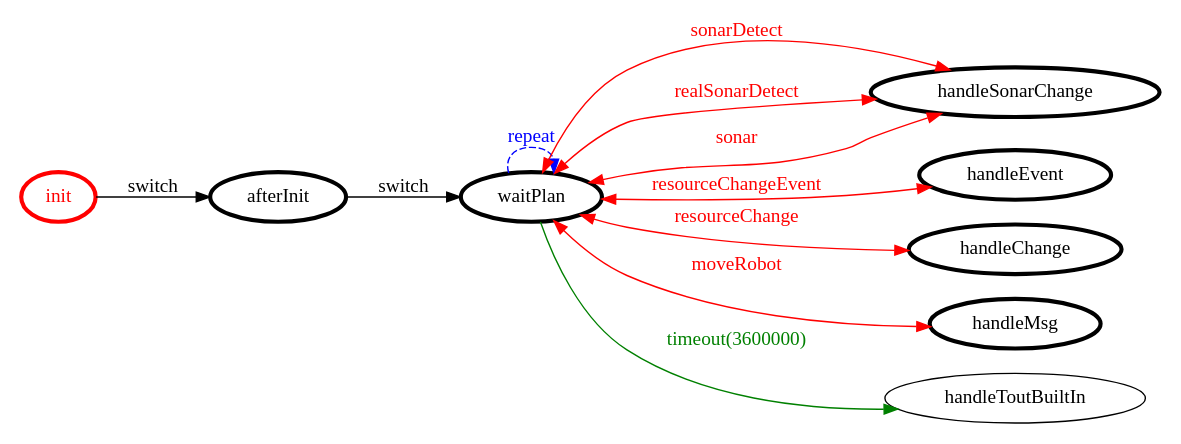
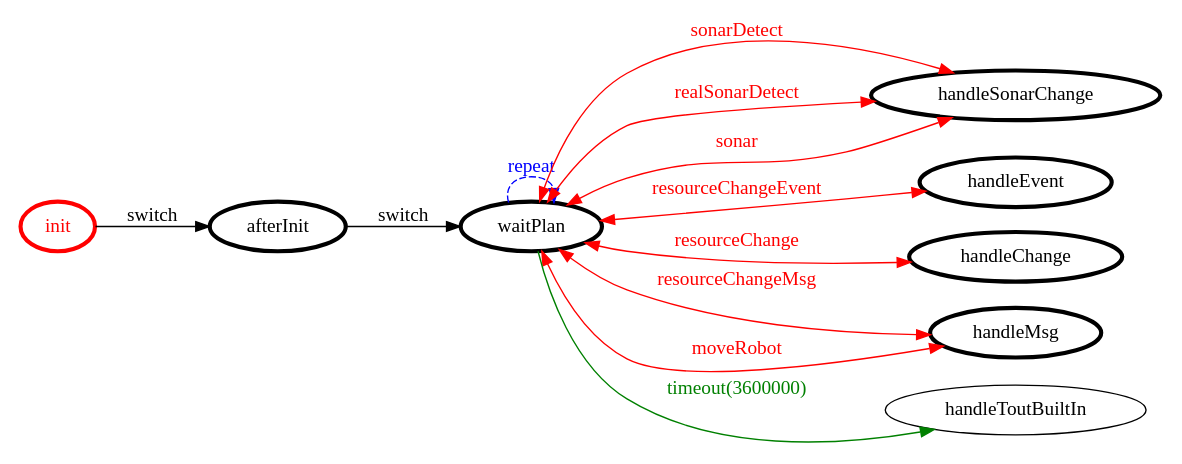
Before and after one commit to AlessandroStaffolani/robot-cleaner: the diagram in it.unibo.project/srcMore/it/unibo/mindrobot/mindrobot.gv, drawn with Graphviz. The commit also changed 6 other files, not shown here.

```diff
--- a/it.unibo.project/srcMore/it/unibo/mindrobot/mindrobot.gv
+++ b/it.unibo.project/srcMore/it/unibo/mindrobot/mindrobot.gv
@@ -1,30 +1,31 @@
 /*
 *
 * A GraphViz DOT FSM description 
 * Please use a GraphViz visualizer (like http://www.webgraphviz.com)
 *  
 */
 
 digraph finite_state_machine {
 	rankdir=LR
 	size="8,5"
 	
 	init [ color = red ][ fontcolor = red ][ penwidth = 3 ]
 	waitPlan [ color = black ][ fontcolor = black ][ penwidth = 3 ]
 	handleSonarChange [ color = black ][ fontcolor = black ][ penwidth = 3 ]
 	handleEvent [ color = black ][ fontcolor = black ][ penwidth = 3 ]
 	handleChange [ color = black ][ fontcolor = black ][ penwidth = 3 ]
 	afterInit [ color = black ][ fontcolor = black ][ penwidth = 3 ]
 	handleMsg [ color = black ][ fontcolor = black ][ penwidth = 3 ]
 	
 	waitPlan -> handleSonarChange [ label = "sonarDetect" ][ color = red ][ fontcolor = red ][ dir = both ]
+	waitPlan -> handleMsg [ label = "resourceChangeMsg" ][ color = red ][ fontcolor = red ][ dir = both ]
 	init -> afterInit [ label = "switch" ][ color = black ][ fontcolor = black ]
 	waitPlan -> handleSonarChange [ label = "realSonarDetect" ][ color = red ][ fontcolor = red ][ dir = both ]
 	afterInit -> waitPlan [ label = "switch" ][ color = black ][ fontcolor = black ]
 	waitPlan -> handleToutBuiltIn [ label = "timeout(3600000)" ][ color = green ][ fontcolor = green ]
 	waitPlan -> handleEvent [ label = "resourceChangeEvent" ][ color = red ][ fontcolor = red ][ dir = both ]
 	waitPlan -> handleChange [ label = "resourceChange" ][ color = red ][ fontcolor = red ][ dir = both ]
 	waitPlan -> handleSonarChange [ label = "sonar" ][ color = red ][ fontcolor = red ][ dir = both ]
 	waitPlan -> waitPlan [ label = "repeat "][ style = dashed ][ color = blue ][ fontcolor = blue ]
 	waitPlan -> handleMsg [ label = "moveRobot" ][ color = red ][ fontcolor = red ][ dir = both ]
 }
```
